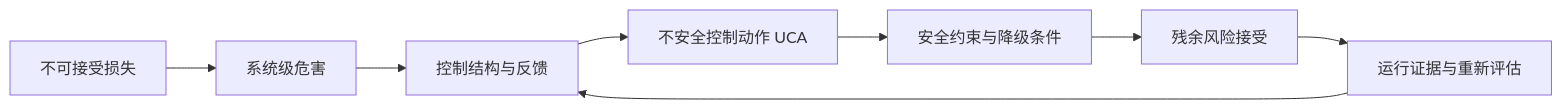
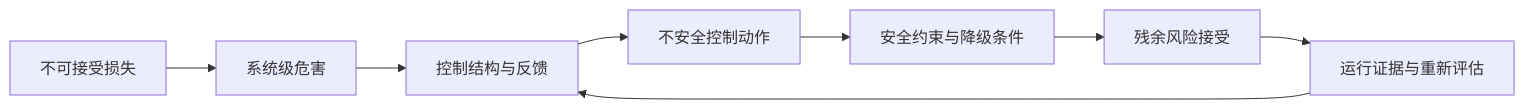
Before and after one commit to sealday/tego-arch: the diagram in content/quality-attributes/qa-09-safety-physical-risk.mdx, drawn with Mermaid. The commit also changed other lines of this file and 20 other files, not shown here.

````diff
--- a/content/quality-attributes/qa-09-safety-physical-risk.mdx
+++ b/content/quality-attributes/qa-09-safety-physical-risk.mdx
@@ -114,10 +114,10 @@
 ```mermaid
 flowchart LR
   L[不可接受损失] --> H[系统级危害]
   H --> C[控制结构与反馈]
-  C --> U[不安全控制动作 UCA]
+  C --> U[不安全控制动作]
   U --> S[安全约束与降级条件]
   S --> R[残余风险接受]
   R --> E[运行证据与重新评估]
   E --> C
 ```
````
